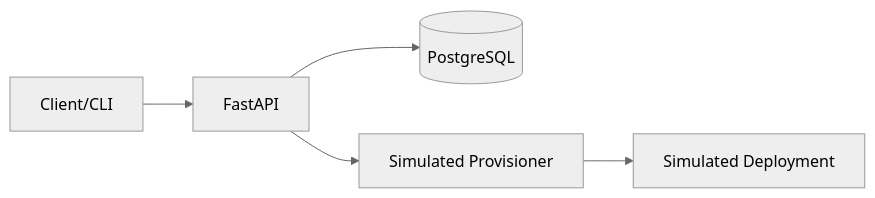
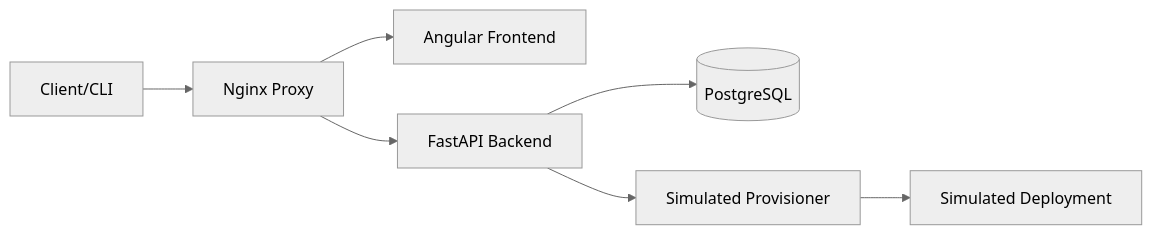
The diagram in README.md (null-pointer-sch/internal-platform-api), drawn with Mermaid (neutral theme) before and after one commit. The commit also changed other lines of this file, not shown here.

Commit message:
docs: update README to reflect cloud-native architecture and parallel CI/CD

````diff
--- a/README.md
+++ b/README.md
@@ -9,7 +9,9 @@
 ```mermaid
 graph LR
-    A[Client/CLI] --> B[FastAPI]
-    B --> C[(PostgreSQL)]
-    B --> D[Simulated Provisioner]
-    D --> E[Simulated Deployment]
+    A[Client/CLI] --> B[Nginx Proxy]
+    B --> C[Angular Frontend]
+    B --> D[FastAPI Backend]
+    D --> E[(PostgreSQL)]
+    D --> F[Simulated Provisioner]
+    F --> G[Simulated Deployment]
 ```
````
